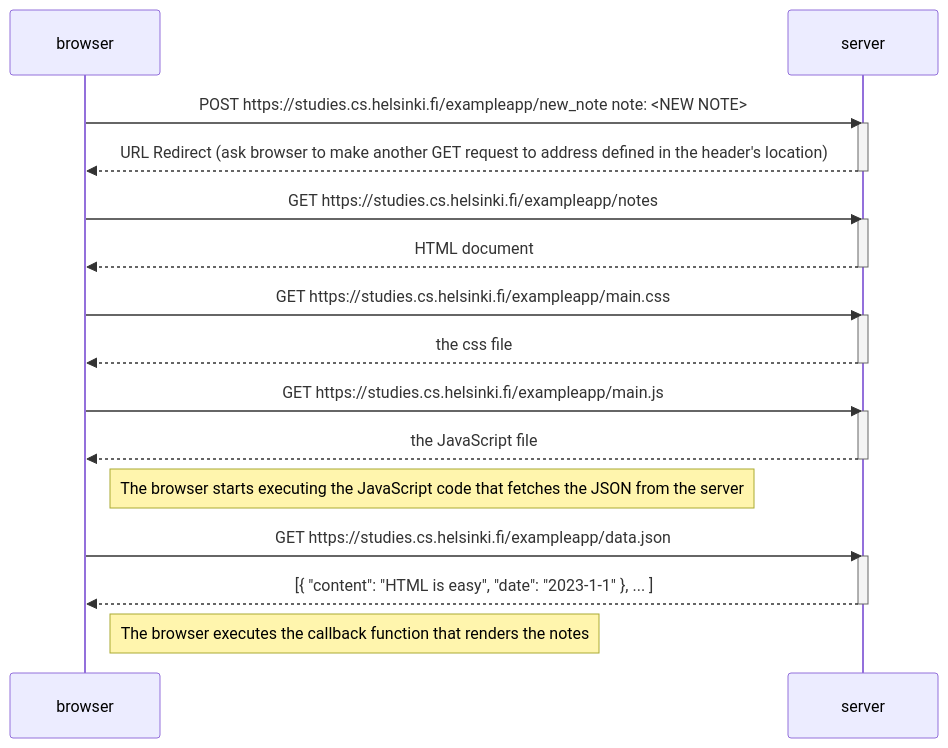
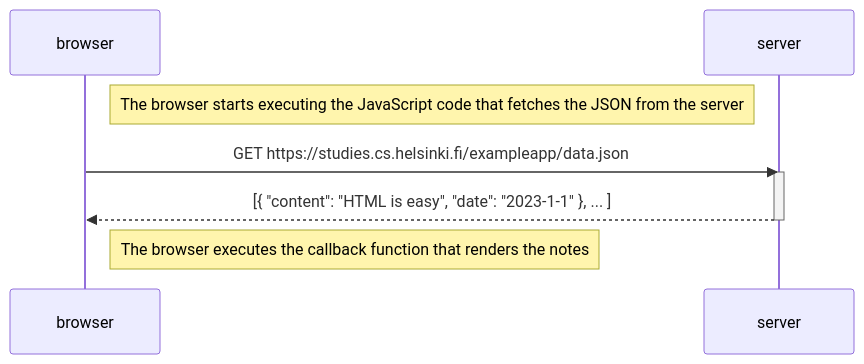
Before and after one commit to aleksmllr/fullstackopen: the diagram in part0/newNoteSpaDiagram.md, drawn with Mermaid.

````diff
--- a/part0/newNoteSpaDiagram.md
+++ b/part0/newNoteSpaDiagram.md
@@ -2,34 +2,14 @@
 ```mermaid
 sequenceDiagram
     participant browser
     participant server
-
-    browser->>server: POST https://studies.cs.helsinki.fi/exampleapp/new_note        note: <NEW NOTE>
-    activate server
-    server-->>browser: URL Redirect (ask browser to make another GET request to address defined in the header's location)
-    deactivate server
-
-    browser->>server: GET https://studies.cs.helsinki.fi/exampleapp/notes
-    activate server
-    server-->>browser: HTML document
-    deactivate server
-
-    browser->>server: GET https://studies.cs.helsinki.fi/exampleapp/main.css
-    activate server
-    server-->>browser: the css file
-    deactivate server
-
-    browser->>server: GET https://studies.cs.helsinki.fi/exampleapp/main.js
-    activate server
-    server-->>browser: the JavaScript file
-    deactivate server
 
     Note right of browser: The browser starts executing the JavaScript code that fetches the JSON from the server
 
     browser->>server: GET https://studies.cs.helsinki.fi/exampleapp/data.json
     activate server
     server-->>browser: [{ "content": "HTML is easy", "date": "2023-1-1" }, ... ]
     deactivate server
 
     Note right of browser: The browser executes the callback function that renders the notes
 ```
````
